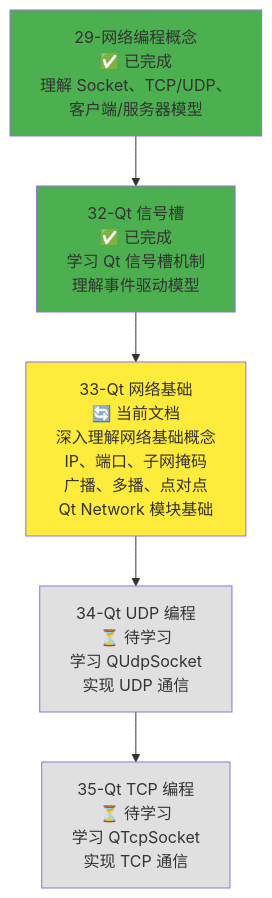
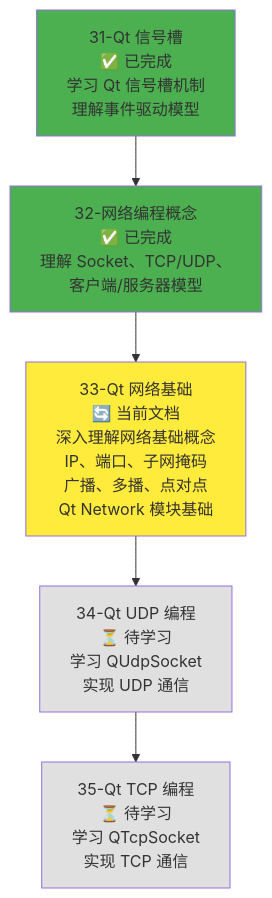
One commit to IdEvEbI/QtLanChat-FeiQClone changed the first of 3 diagrams in docs/stage1/33-qt-network-basics.md. Above: the diagram before and after it, drawn with Mermaid. The commit also changed other lines of this file and 7 other files, not shown here.

````diff
--- a/docs/stage1/33-qt-network-basics.md
+++ b/docs/stage1/33-qt-network-basics.md
@@ -43,13 +43,13 @@
 ```mermaid
 graph TD
-    A[29-网络编程概念<br/>✅ 已完成<br/>理解 Socket、TCP/UDP、<br/>客户端/服务器模型] --> B[32-Qt 信号槽<br/>✅ 已完成<br/>学习 Qt 信号槽机制<br/>理解事件驱动模型]
+    A[31-Qt 信号槽<br/>✅ 已完成<br/>学习 Qt 信号槽机制<br/>理解事件驱动模型] --> B[32-网络编程概念<br/>✅ 已完成<br/>理解 Socket、TCP/UDP、<br/>客户端/服务器模型]
     B --> C[33-Qt 网络基础<br/>🔄 当前文档<br/>深入理解网络基础概念<br/>IP、端口、子网掩码<br/>广播、多播、点对点<br/>Qt Network 模块基础]
     C --> D[34-Qt UDP 编程<br/>⏳ 待学习<br/>学习 QUdpSocket<br/>实现 UDP 通信]
     D --> E[35-Qt TCP 编程<br/>⏳ 待学习<br/>学习 QTcpSocket<br/>实现 TCP 通信]
 
     style A fill:#4caf50
     style B fill:#4caf50
     style C fill:#ffeb3b
     style D fill:#e0e0e0
     style E fill:#e0e0e0
 ```
````
